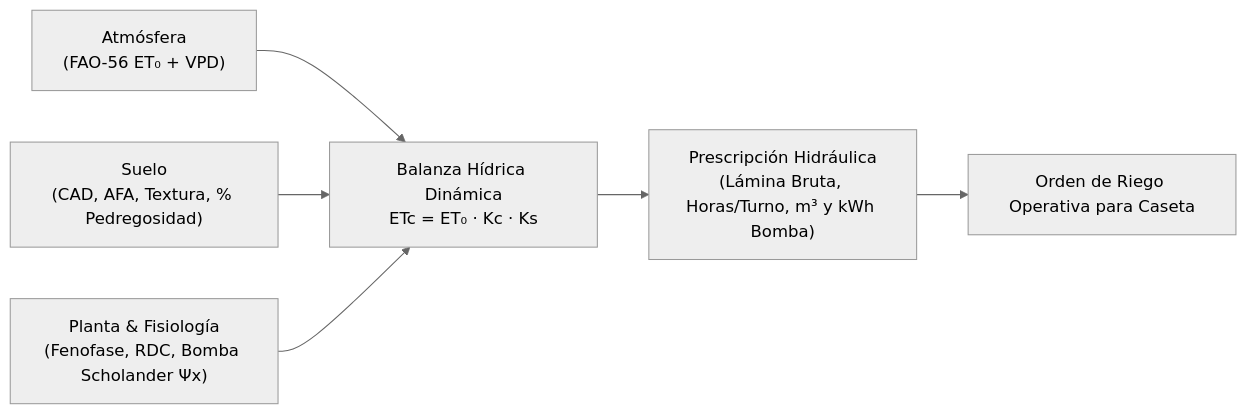
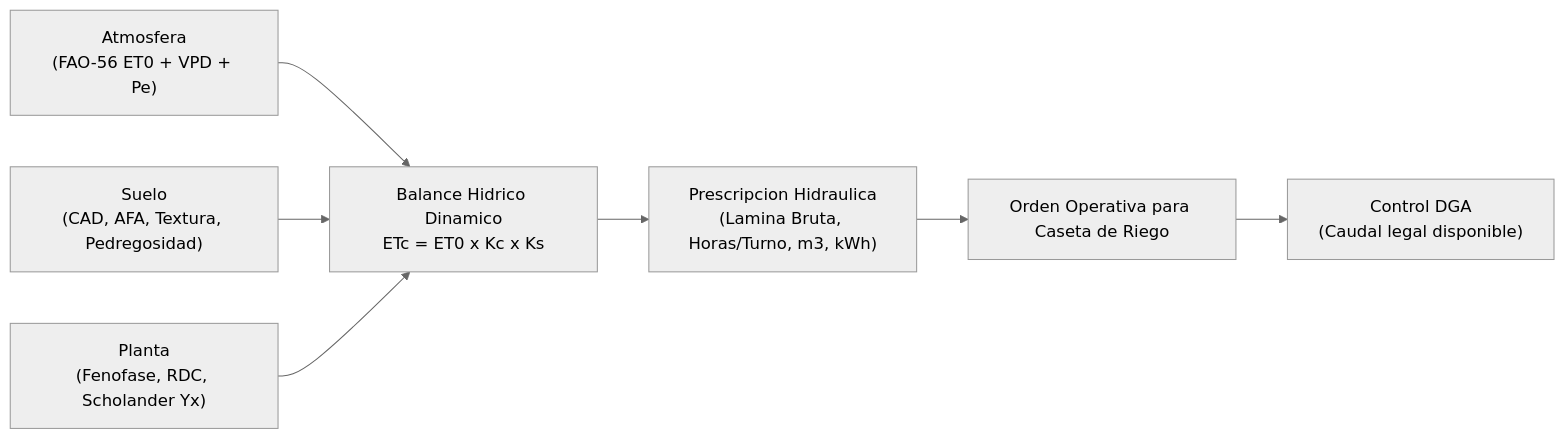
One commit to crisgonzalezhWineMaker/smart-irrigation-copilot changed the diagram in README.md. Above: the diagram before and after it, drawn with Mermaid (neutral theme). The commit also changed other lines of this file, not shown here.

Commit message:
docs: README profesional con instalacion, FAO-56, DGA, fenofases y tabla de modulos

````diff
--- a/README.md
+++ b/README.md
@@ -19,8 +20,9 @@
 ```mermaid
 flowchart LR
-    A["Atmósfera\n(FAO-56 ET₀ + VPD)"] --> D["Balanza Hídrica Dinámica\nETc = ET₀ · Kc · Ks"]
-    B["Suelo\n(CAD, AFA, Textura, % Pedregosidad)"] --> D
-    C["Planta & Fisiología\n(Fenofase, RDC, Bomba Scholander Ψx)"] --> D
-    D --> E["Prescripción Hidráulica\n(Lámina Bruta, Horas/Turno, m³ y kWh Bomba)"]
-    E --> F["Orden de Riego Operativa para Caseta"]
+    A["Atmosfera\n(FAO-56 ET0 + VPD + Pe)"] --> D["Balance Hidrico Dinamico\nETc = ET0 x Kc x Ks"]
+    B["Suelo\n(CAD, AFA, Textura, Pedregosidad)"] --> D
+    C["Planta\n(Fenofase, RDC, Scholander Yx)"] --> D
+    D --> E["Prescripcion Hidraulica\n(Lamina Bruta, Horas/Turno, m3, kWh)"]
+    E --> F["Orden Operativa para Caseta de Riego"]
+    F --> G["Control DGA\n(Caudal legal disponible)"]
 ```
````
